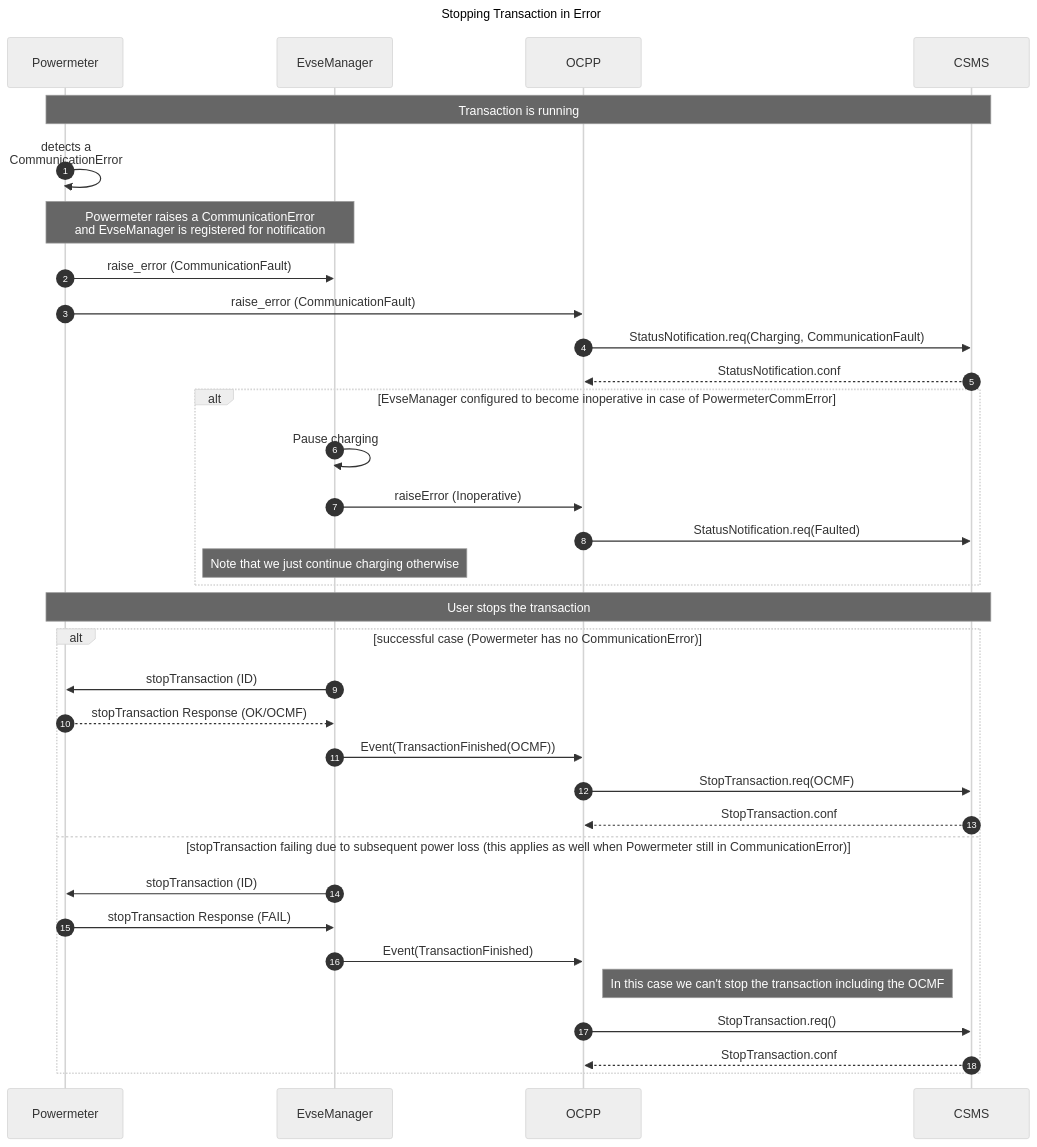
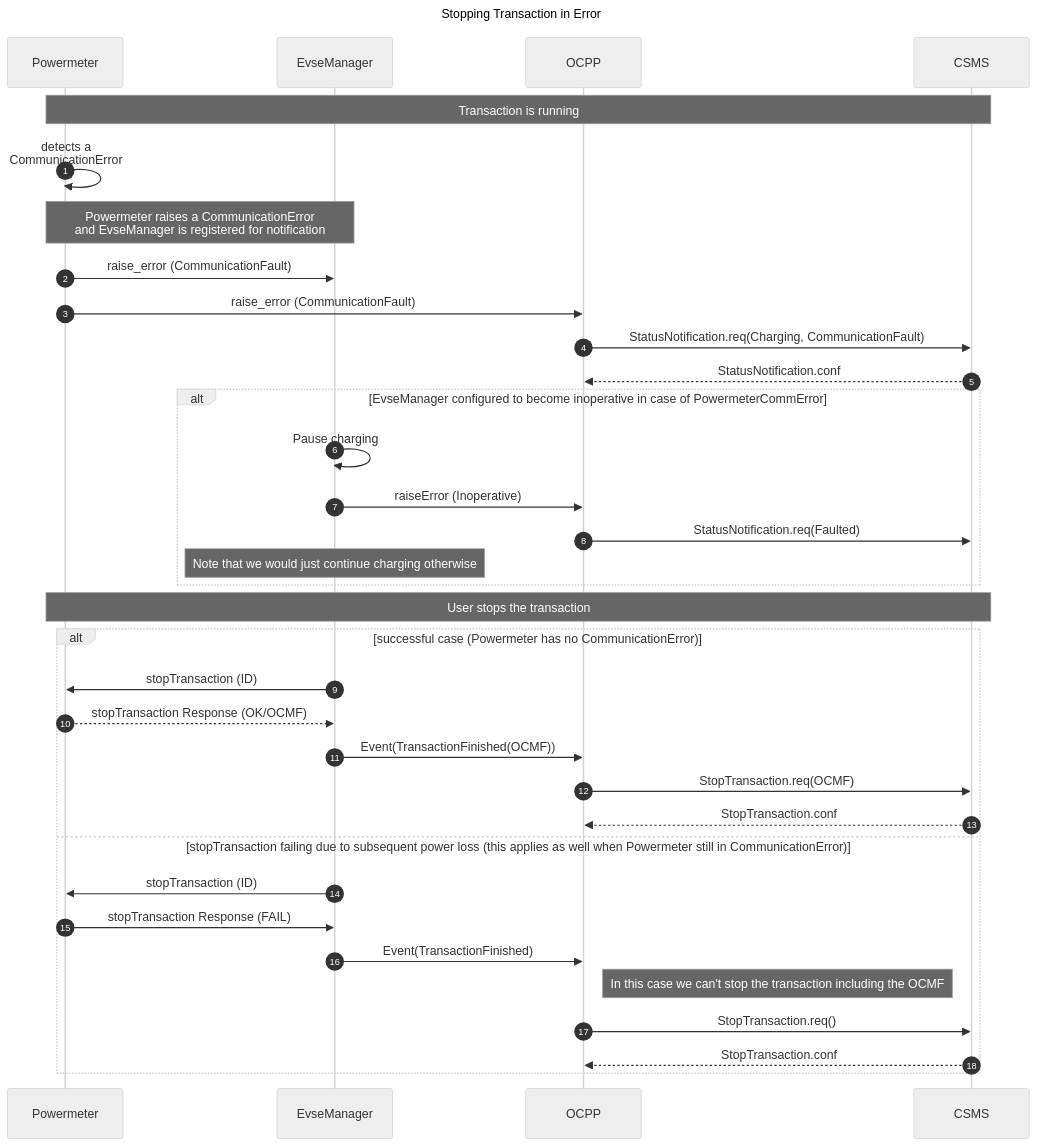
One commit to EVerest/everest-core changed the diagram in doc/ocmf/powermeter_stop_transaction.md. Above: the diagram before and after it, drawn with Mermaid (neutral theme).

````diff
--- a/doc/ocmf/powermeter_stop_transaction.md
+++ b/doc/ocmf/powermeter_stop_transaction.md
@@ -1,46 +1,46 @@
 ```mermaid
 sequenceDiagram
 autonumber
 participant Powermeter
 participant EvseManager
 participant OCPP
 participant CSMS
 
 title Stopping Transaction in Error
 
 Note over Powermeter, CSMS: Transaction is running
 
 Powermeter->>Powermeter: detects a <br/> CommunicationError
 Note over Powermeter,EvseManager: Powermeter raises a CommunicationError <br/>and EvseManager is registered for notification
 Powermeter->>EvseManager: raise_error (CommunicationFault)
 Powermeter->>OCPP: raise_error (CommunicationFault)
 
 OCPP->>CSMS: StatusNotification.req(Charging, CommunicationFault)
 CSMS-->>OCPP: StatusNotification.conf
 
 alt EvseManager configured to become inoperative in case of PowermeterCommError
     EvseManager->>EvseManager: Pause charging
     EvseManager->>OCPP: raiseError (Inoperative)
     OCPP->>CSMS: StatusNotification.req(Faulted)
-    Note over EvseManager: Note that we just continue charging otherwise
+    Note over EvseManager: Note that we would just continue charging otherwise
 end
 
 Note over Powermeter, CSMS: User stops the transaction
 
 alt successful case (Powermeter has no CommunicationError)
     EvseManager->>Powermeter: stopTransaction (ID)
     Powermeter-->>EvseManager: stopTransaction Response (OK/OCMF)
     EvseManager->>OCPP: Event(TransactionFinished(OCMF))
 
     OCPP->>CSMS: StopTransaction.req(OCMF)
     CSMS-->>OCPP: StopTransaction.conf
 else stopTransaction failing due to subsequent power loss (this applies as well when Powermeter still in CommunicationError)
     EvseManager->>Powermeter: stopTransaction (ID)
     Powermeter->>EvseManager: stopTransaction Response (FAIL)
     EvseManager->>OCPP: Event(TransactionFinished)
 
     Note right of OCPP: In this case we can't stop the transaction including the OCMF
     OCPP->>CSMS: StopTransaction.req()
     CSMS-->>OCPP: StopTransaction.conf
 end
 ```
````
